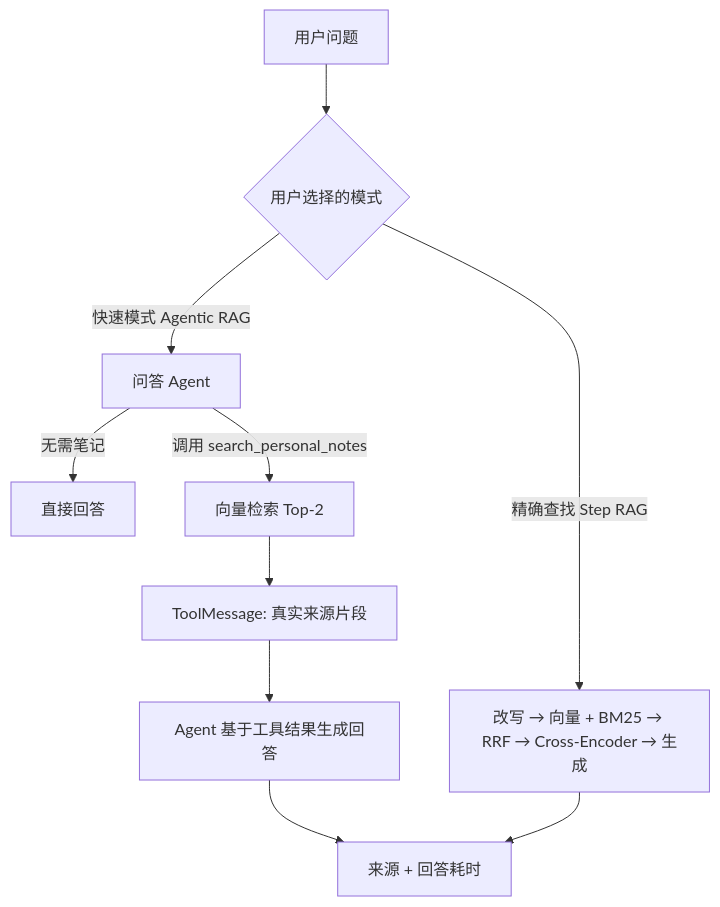
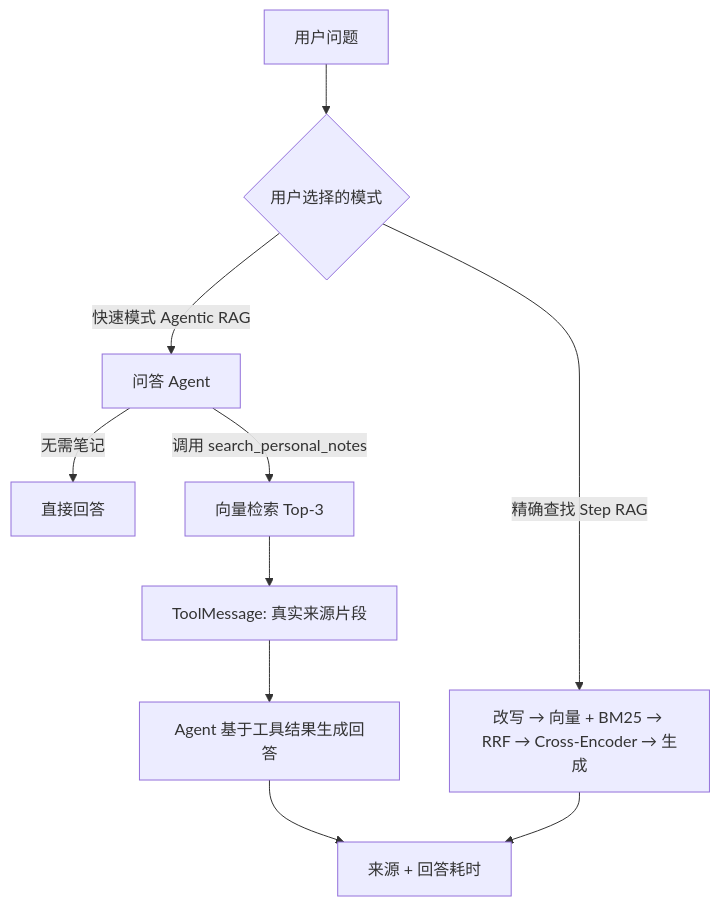
One commit to yuyuyuoo55/Personal_Notes_Review_Assistant changed the first of 5 diagrams in 个人笔记复习助手方案/架构与流程图.md. Above: the diagram before and after it, drawn with Mermaid. The commit also changed 5 other files, not shown here.

````diff
--- a/个人笔记复习助手方案/架构与流程图.md
+++ b/个人笔记复习助手方案/架构与流程图.md
@@ -5,12 +5,12 @@
 ```mermaid
 flowchart TD
     Q[用户问题] --> M{用户选择的模式}
     M -->|快速模式 Agentic RAG| A[问答 Agent]
     A -->|无需笔记| D[直接回答]
-    A -->|调用 search_personal_notes| V[向量检索 Top-2]
+    A -->|调用 search_personal_notes| V[向量检索 Top-3]
     V --> T[ToolMessage: 真实来源片段]
     T --> A2[Agent 基于工具结果生成回答]
     M -->|精确查找 Step RAG| P[改写 → 向量 + BM25 → RRF → Cross-Encoder → 生成]
     A2 --> S[来源 + 回答耗时]
     P --> S
 ```
````
